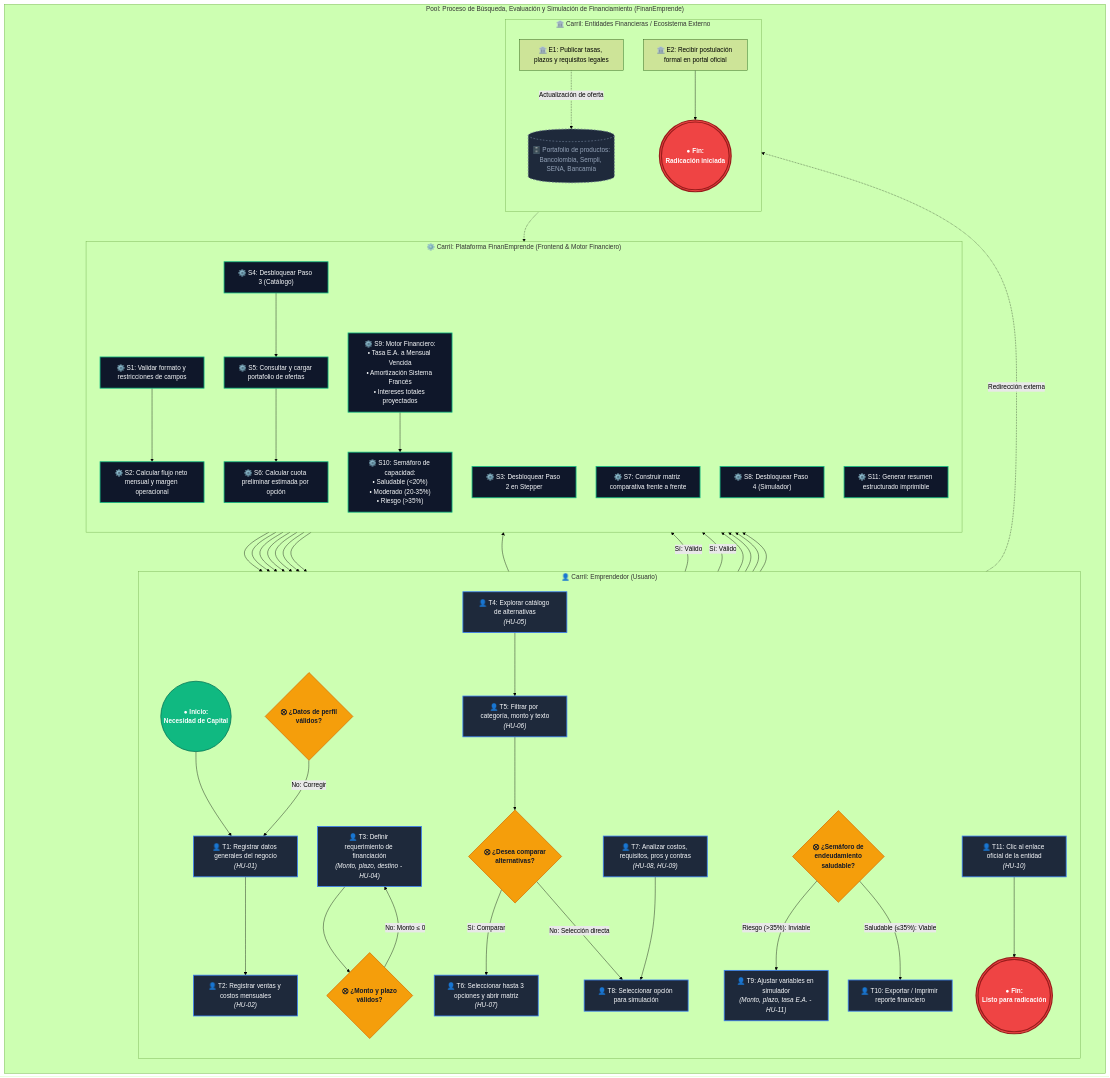
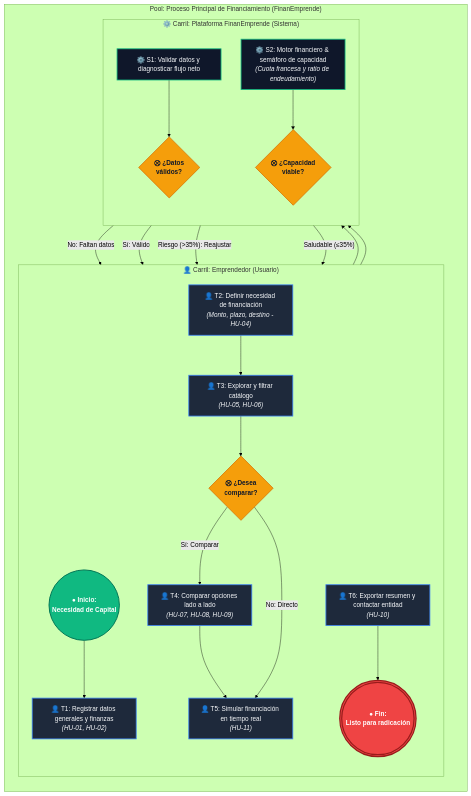
Before and after one commit to Moshua53/financiamiento: the diagram in docs/BPMN_PROCESO.md, drawn with Mermaid (forest theme). The commit also changed other lines of this file and 16 other files, not shown here.

````diff
--- a/docs/BPMN_PROCESO.md
+++ b/docs/BPMN_PROCESO.md
@@ -14,9 +28,9 @@
 ```mermaid
 flowchart TD
     %% ==========================================
-    %% POOL: PROCESO FINANEMPRENDE
+    %% POOL: PROCESO SIMPLIFICADO FINANEMPRENDE
     %% ==========================================
-    subgraph Pool ["Pool: Proceso de Búsqueda, Evaluación y Simulación de Financiamiento (FinanEmprende)"]
+    subgraph Pool ["Pool: Proceso Principal de Financiamiento (FinanEmprende)"]
         direction TB
 
         %% ==========================================
@@ -25,116 +39,56 @@
         subgraph LaneUser ["👤 Carril: Emprendedor (Usuario)"]
             direction TB
             Start((● Inicio:<br/>Necesidad de Capital))
-            
-            U1["👤 T1: Registrar datos generales del negocio<br/><i>(HU-01)</i>"]
-            U2["👤 T2: Registrar ventas y costos mensuales<br/><i>(HU-02)</i>"]
-            GW1{"⨂ ¿Datos de perfil<br/>válidos?"}
-            U3["👤 T3: Definir requerimiento de financiación<br/><i>(Monto, plazo, destino - HU-04)</i>"]
-            GW2{"⨂ ¿Monto y plazo<br/>válidos?"}
-            
-            U4["👤 T4: Explorar catálogo de alternativas<br/><i>(HU-05)</i>"]
-            U5["👤 T5: Filtrar por categoría, monto y texto<br/><i>(HU-06)</i>"]
-            GW3{"⨂ ¿Desea comparar<br/>alternativas?"}
-            
-            U6["👤 T6: Seleccionar hasta 3 opciones y abrir matriz<br/><i>(HU-07)</i>"]
-            U7["👤 T7: Analizar costos, requisitos, pros y contras<br/><i>(HU-08, HU-09)</i>"]
-            U8["👤 T8: Seleccionar opción para simulación"]
-            
-            U9["👤 T9: Ajustar variables en simulador<br/><i>(Monto, plazo, tasa E.A. - HU-11)</i>"]
-            GW4{"⨂ ¿Semáforo de<br/>endeudamiento<br/>saludable?"}
-            
-            U10["👤 T10: Exportar / Imprimir reporte financiero"]
-            U11["👤 T11: Clic al enlace oficial de la entidad<br/><i>(HU-10)</i>"]
+            U1["👤 T1: Registrar datos generales y finanzas<br/><i>(HU-01, HU-02)</i>"]
+            U2["👤 T2: Definir necesidad de financiación<br/><i>(Monto, plazo, destino - HU-04)</i>"]
+            U3["👤 T3: Explorar y filtrar catálogo<br/><i>(HU-05, HU-06)</i>"]
+            GW_Comp{"⨂ ¿Desea<br/>comparar?"}
+            U4["👤 T4: Comparar opciones lado a lado<br/><i>(HU-07, HU-08, HU-09)</i>"]
+            U5["👤 T5: Simular financiación en tiempo real<br/><i>(HU-11)</i>"]
+            U6["👤 T6: Exportar resumen y contactar entidad<br/><i>(HU-10)</i>"]
             EndSuccess(((● Fin:<br/>Listo para radicación)))
         end
 
-        subgraph LaneSystem ["⚙️ Carril: Plataforma FinanEmprende (Frontend & Motor Financiero)"]
+        subgraph LaneSystem ["⚙️ Carril: Plataforma FinanEmprende (Sistema)"]
             direction TB
-            S1["⚙️ S1: Validar formato y restricciones de campos"]
-            S2["⚙️ S2: Calcular flujo neto mensual y margen operacional"]
-            S3["⚙️ S3: Desbloquear Paso 2 en Stepper"]
-            S4["⚙️ S4: Desbloquear Paso 3 (Catálogo)"]
-            S5["⚙️ S5: Consultar y cargar portafolio de ofertas"]
-            S6["⚙️ S6: Calcular cuota preliminar estimada por opción"]
-            S7["⚙️ S7: Construir matriz comparativa frente a frente"]
-            S8["⚙️ S8: Desbloquear Paso 4 (Simulador)"]
-            S9["⚙️ S9: Motor Financiero:<br/>• Tasa E.A. a Mensual Vencida<br/>• Amortización Sistema Francés<br/>• Intereses totales proyectados"]
-            S10["⚙️ S10: Semáforo de capacidad:<br/>• Saludable (&lt;20%)<br/>• Moderado (20-35%)<br/>• Riesgo (&gt;35%)"]
-            S11["⚙️ S11: Generar resumen estructurado imprimible"]
-        end
-
-        subgraph LaneEntity ["🏛️ Carril: Entidades Financieras / Ecosistema Externo"]
-            direction TB
-            DB_Offers[("🗄️ Portafolio de productos:<br/>Bancolombia, Sempli, SENA, Bancamía")]
-            E1["🏛️ E1: Publicar tasas, plazos y requisitos legales"]
-            E2["🏛️ E2: Recibir postulación formal en portal oficial"]
-            EndEntity(((● Fin:<br/>Radicación iniciada)))
+            S1["⚙️ S1: Validar datos y diagnosticar flujo neto"]
+            GW_Val{"⨂ ¿Datos<br/>válidos?"}
+            S2["⚙️ S2: Motor financiero & semáforo de capacidad<br/><i>(Cuota francesa y ratio de endeudamiento)</i>"]
+            GW_Cap{"⨂ ¿Capacidad<br/>viable?"}
         end
     end
 
     %% ==========================================
-    %% FLUJO SECUENCIAL (SEQUENCE FLOWS)
+    %% FLUJO SECUENCIAL
     %% ==========================================
     Start --> U1
-    U1 --> U2
-    U2 --> S1
-    S1 --> S2
-    S2 --> GW1
-    GW1 -- "No: Corregir" --> U1
-    GW1 -- "Sí: Válido" --> S3
-    S3 --> U3
-    U3 --> GW2
-    GW2 -- "No: Monto &le; 0" --> U3
-    GW2 -- "Sí: Válido" --> S4
-    S4 --> S5
-    DB_Offers -.-> S5
-    S5 --> S6
-    S6 --> U4
+    U1 --> S1
+    S1 --> GW_Val
+    GW_Val -- "No: Faltan datos" --> U1
+    GW_Val -- "Sí: Válido" --> U2
+    U2 --> U3
+    U3 --> GW_Comp
+    GW_Comp -- "Sí: Comparar" --> U4
     U4 --> U5
-    U5 --> GW3
-    
-    %% Ruta de Comparación
-    GW3 -- "Sí: Comparar" --> U6
-    U6 --> S7
-    S7 --> U7
-    U7 --> U8
-    
-    %% Ruta Directa al Simulador
-    GW3 -- "No: Selección directa" --> U8
-    
-    U8 --> S8
-    S8 --> U9
-    U9 --> S9
-    S9 --> S10
-    S10 --> GW4
-    
-    %% Decisión del Semáforo
-    GW4 -- "Riesgo (&gt;35%): Inviable" --> U9
-    GW4 -- "Saludable (&le;35%): Viable" --> U10
-    
-    U10 --> S11
-    S11 --> U11
-    U11 --> EndSuccess
-    
-    %% Conexión externa
-    U11 -. "Redirección externa" .-> E2
-    E2 --> EndEntity
-    E1 -. "Actualización de oferta" .-> DB_Offers
+    GW_Comp -- "No: Directo" --> U5
+    U5 --> S2
+    S2 --> GW_Cap
+    GW_Cap -- "Riesgo (>35%): Reajustar" --> U5
+    GW_Cap -- "Saludable (≤35%)" --> U6
+    U6 --> EndSuccess
 
     %% ==========================================
     %% ESTILOS VISUALES BPMN
     %% ==========================================
-    classDef startEv fill:#10B981,stroke:#047857,stroke-width:2px,color:#FFFFFF,font-weight:bold;
+    classDef startEv fill:#10B981,stroke:#047857,stroke-width:2.5px,color:#FFFFFF,font-weight:bold;
     classDef endEv fill:#EF4444,stroke:#991B1B,stroke-width:3px,color:#FFFFFF,font-weight:bold;
     classDef userTask fill:#1E293B,stroke:#3B82F6,stroke-width:2px,color:#F8FAFC;
     classDef serviceTask fill:#0F172A,stroke:#10B981,stroke-width:2px,color:#F8FAFC;
     classDef gateway fill:#F59E0B,stroke:#D97706,stroke-width:2px,color:#0F172A,font-weight:bold;
-    classDef dataStore fill:#1E293B,stroke:#64748B,stroke-width:2px,stroke-dasharray: 4 4,color:#94A3B8;
 
     class Start startEv;
-    class EndSuccess,EndEntity endEv;
-    class U1,U2,U3,U4,U5,U6,U7,U8,U9,U10,U11 userTask;
-    class S1,S2,S3,S4,S5,S6,S7,S8,S9,S10,S11 serviceTask;
-    class GW1,GW2,GW3,GW4 gateway;
-    class DB_Offers dataStore;
+    class EndSuccess endEv;
+    class U1,U2,U3,U4,U5,U6 userTask;
+    class S1,S2 serviceTask;
+    class GW_Val,GW_Comp,GW_Cap gateway;
 ```
````
